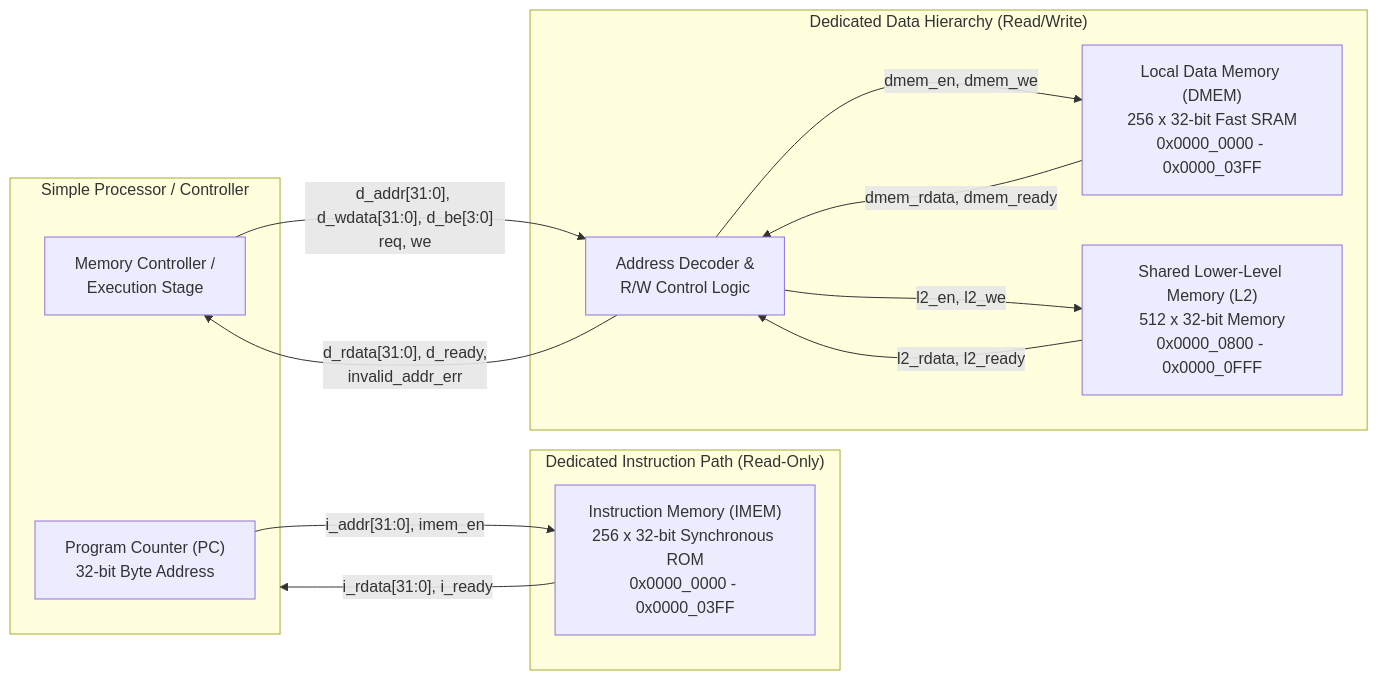
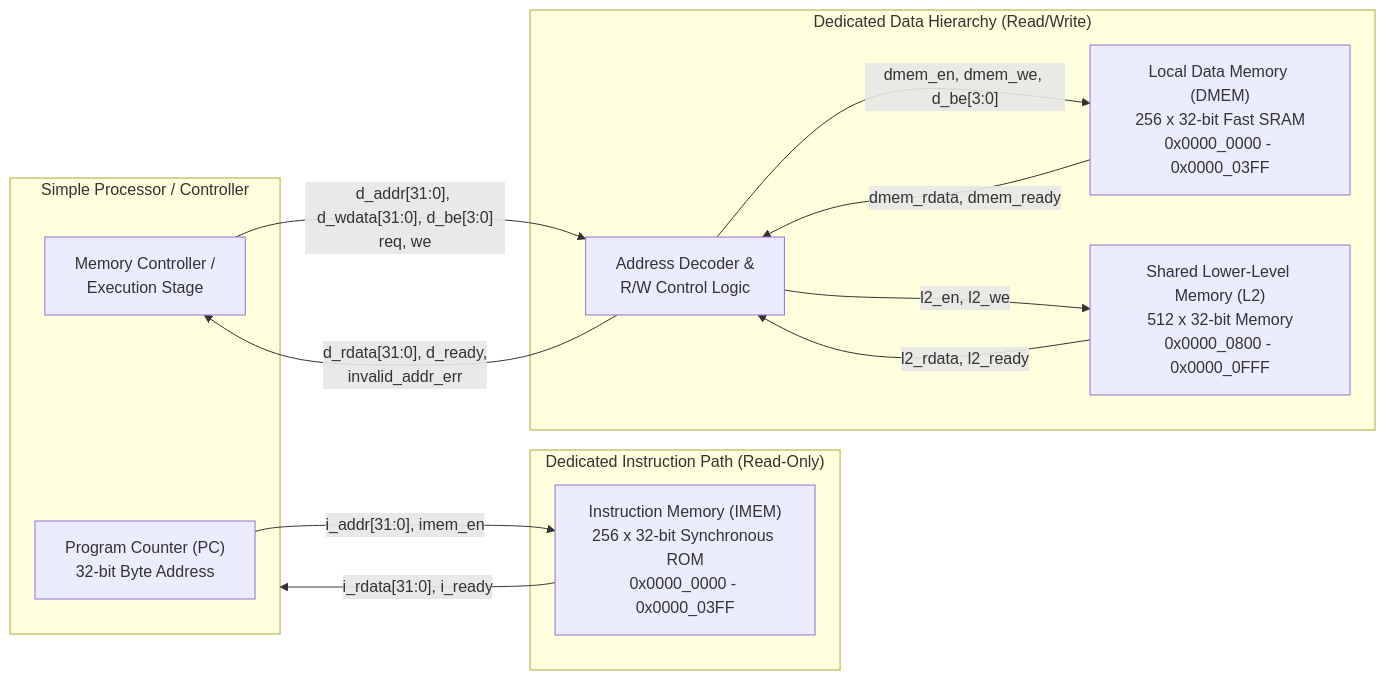
Before and after one commit to palak22291/tle-harvard-memory-hierarchy: the diagram in README.md, drawn with Mermaid. The commit also changed other lines of this file and 2 other files, not shown here.

````diff
--- a/README.md
+++ b/README.md
@@ -11,27 +11,27 @@
 ```mermaid
 flowchart LR
     subgraph CPU["Simple Processor / Controller"]
         PC["Program Counter (PC)<br/>32-bit Byte Address"]
         CTRL["Memory Controller /<br/>Execution Stage"]
     end
 
     subgraph Instruction_Path["Dedicated Instruction Path (Read-Only)"]
         IMEM["Instruction Memory (IMEM)<br/>256 x 32-bit Synchronous ROM<br/>0x0000_0000 - 0x0000_03FF"]
     end
 
     subgraph Data_Path["Dedicated Data Hierarchy (Read/Write)"]
         DEC["Address Decoder &<br/>R/W Control Logic"]
         DMEM["Local Data Memory (DMEM)<br/>256 x 32-bit Fast SRAM<br/>0x0000_0000 - 0x0000_03FF"]
         L2["Shared Lower-Level Memory (L2)<br/>512 x 32-bit Memory<br/>0x0000_0800 - 0x0000_0FFF"]
     end
 
     PC -->|"i_addr[31:0], imem_en"| IMEM
     IMEM -->|"i_rdata[31:0], i_ready"| CPU
 
     CTRL -->|"d_addr[31:0], d_wdata[31:0], d_be[3:0]<br/>req, we"| DEC
-    DEC -->|"dmem_en, dmem_we"| DMEM
+    DEC -->|"dmem_en, dmem_we, d_be[3:0]"| DMEM
     DEC -->|"l2_en, l2_we"| L2
     DMEM -->|"dmem_rdata, dmem_ready"| DEC
     L2 -->|"l2_rdata, l2_ready"| DEC
     DEC -->|"d_rdata[31:0], d_ready,<br/>invalid_addr_err"| CTRL
 ```
````
